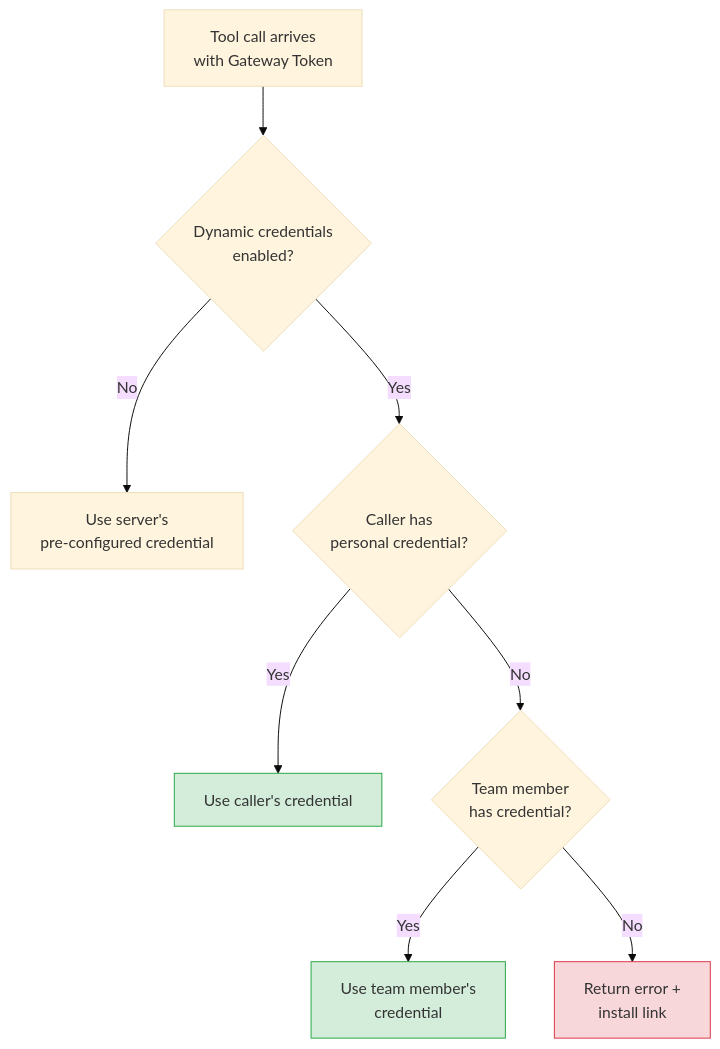
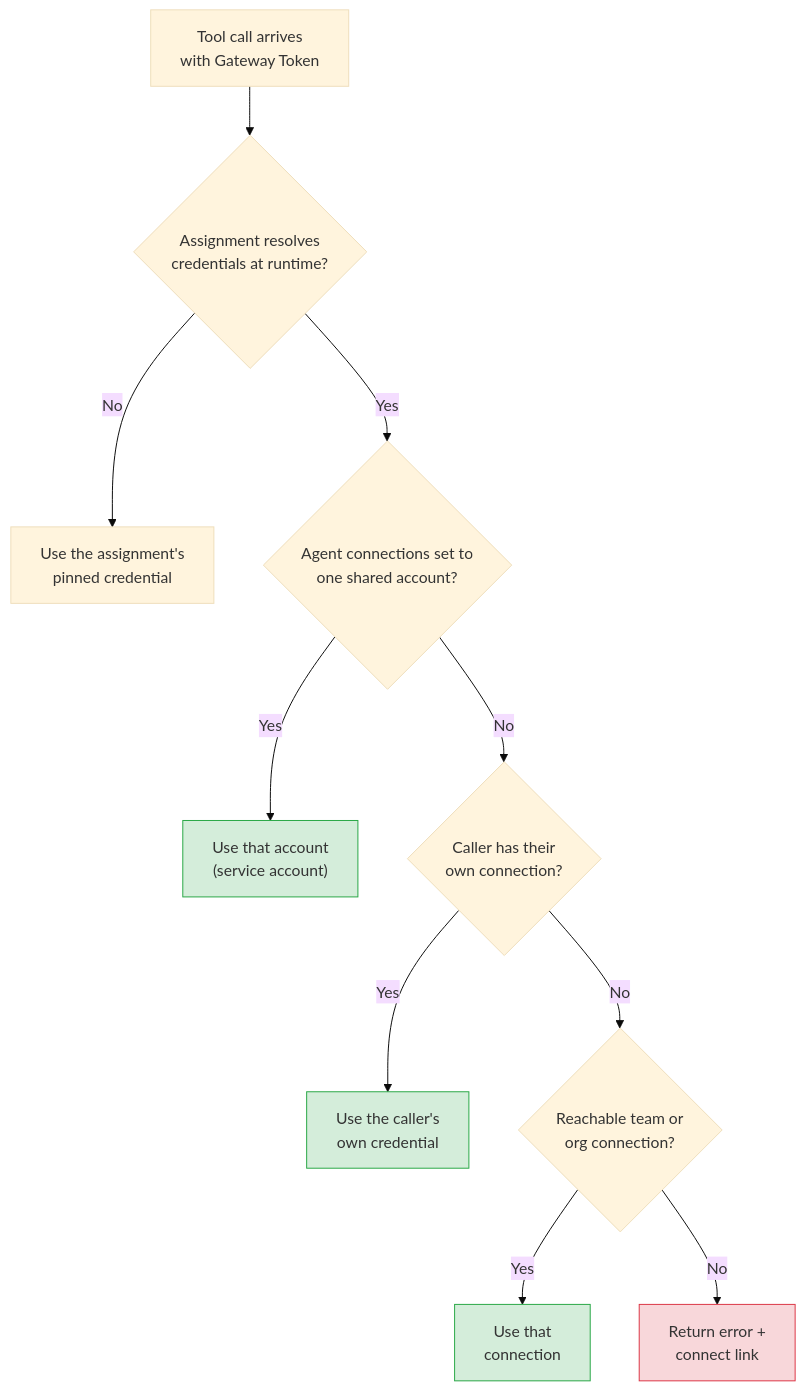
The diagram in docs/pages/mcp-authentication.md (archestra-ai/archestra), drawn with Mermaid (base theme) before and after one commit. The commit also changed other lines of this file and 1056 other files, not shown here.

````diff
--- a/docs/pages/mcp-authentication.md
+++ b/docs/pages/mcp-authentication.md
@@ -176,14 +225,17 @@
 ```mermaid
 flowchart TD
-    A["Tool call arrives<br/>with Gateway Token"] --> B{Dynamic credentials<br/>enabled?}
-    B -- No --> C["Use server's<br/>pre-configured credential"]
-    B -- Yes --> D{Caller has<br/>personal credential?}
-    D -- Yes --> E["Use caller's credential"]
-    D -- No --> F{Team member<br/>has credential?}
-    F -- Yes --> G["Use team member's<br/>credential"]
-    F -- No --> J["Return error +<br/>install link"]
+    A["Tool call arrives<br/>with Gateway Token"] --> B{Assignment resolves<br/>credentials at runtime?}
+    B -- No --> C["Use the assignment's<br/>pinned credential"]
+    B -- Yes --> P{Agent connections set to<br/>one shared account?}
+    P -- Yes --> S["Use that account<br/>(service account)"]
+    P -- No --> D{Caller has their<br/>own connection?}
+    D -- Yes --> E["Use the caller's<br/>own credential"]
+    D -- No --> F{Reachable team or<br/>org connection?}
+    F -- Yes --> G["Use that<br/>connection"]
+    F -- No --> J["Return error +<br/>connect link"]
 
+    style S fill:#d4edda,stroke:#28a745
     style E fill:#d4edda,stroke:#28a745
     style G fill:#d4edda,stroke:#28a745
     style J fill:#f8d7da,stroke:#dc3545
 ```
````
